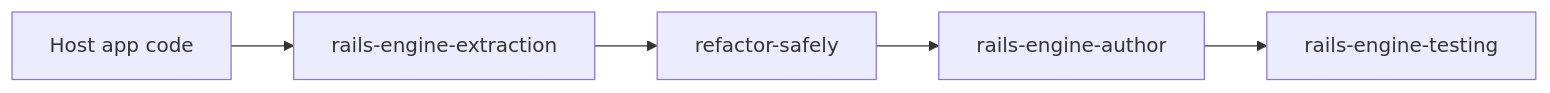
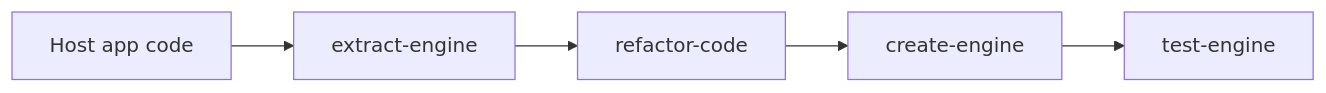
Diagram 15 of 17 in docs/workflow-guide.md (igmarin/my-RoR-personal-skills), drawn with Mermaid before and after one commit. The commit also changed other lines of this file and 295 other files, not shown here.

First line of the commit message:
Refactor names flows (#57)

````diff
--- a/docs/workflow-guide.md
+++ b/docs/workflow-guide.md
@@ -632,7 +632,7 @@
 ```mermaid
 flowchart LR
-    A[Host app code] --> B[rails-engine-extraction]
-    B --> C[refactor-safely]
-    C --> D[rails-engine-author]
-    D --> E[rails-engine-testing]
+    A[Host app code] --> B[extract-engine]
+    B --> C[refactor-code]
+    C --> D[create-engine]
+    D --> E[test-engine]
 ```
````
